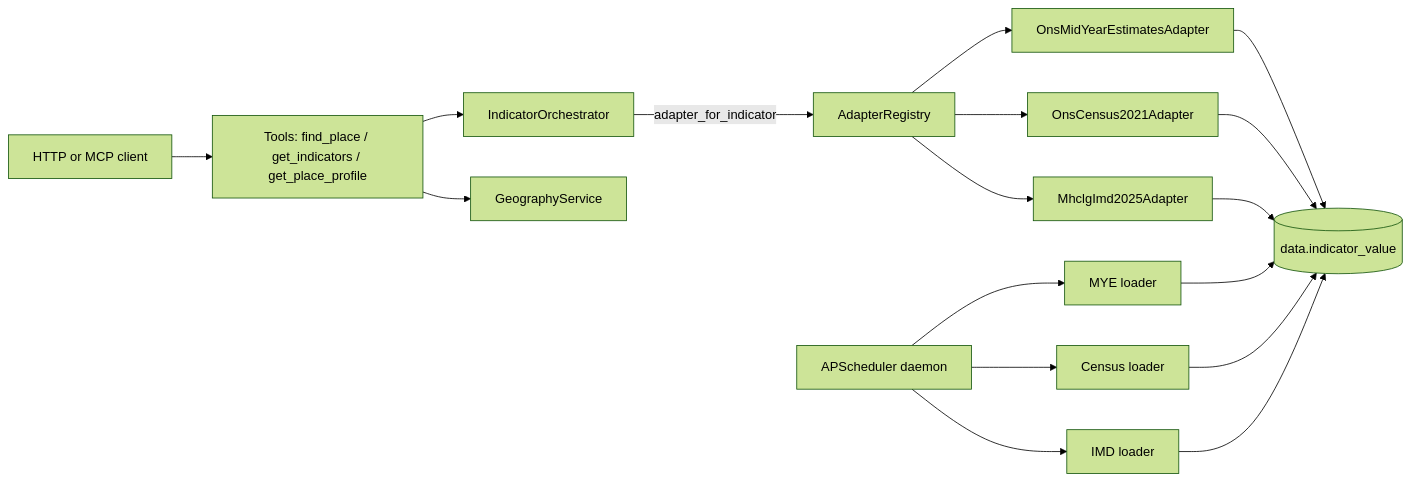
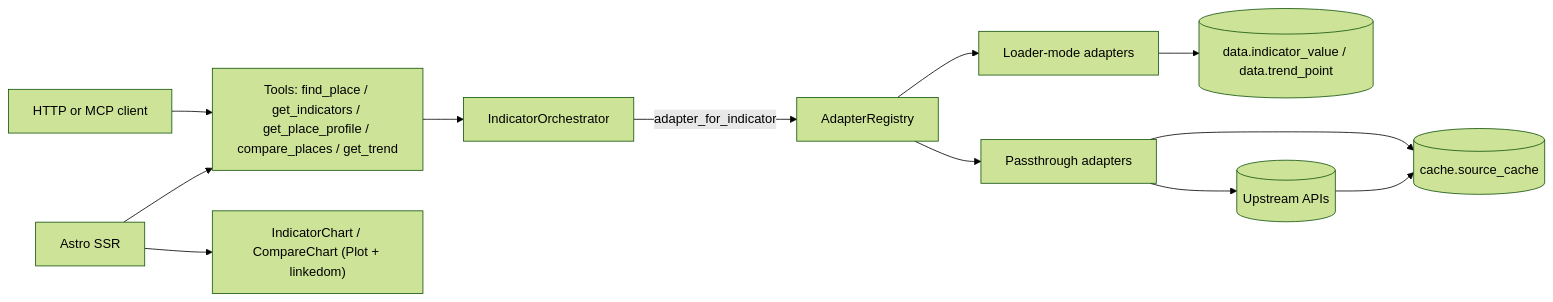
One commit to dataforaction-tom/soundings changed the second of 2 diagrams in STATE.md. Above: the diagram before and after it, drawn with Mermaid (forest theme). The commit also changed other lines of this file and 3 other files, not shown here.

````diff
--- a/STATE.md
+++ b/STATE.md
@@ -68,19 +66,14 @@
 ```mermaid
 flowchart LR
-    user[HTTP or MCP client] --> tools[Tools: find_place / get_indicators / get_place_profile]
+    user[HTTP or MCP client] --> tools["Tools: find_place / get_indicators / get_place_profile / compare_places / get_trend"]
     tools --> orchestrator[IndicatorOrchestrator]
-    tools --> geo[GeographyService]
     orchestrator -->|adapter_for_indicator| registry[AdapterRegistry]
-    registry --> mye[OnsMidYearEstimatesAdapter]
-    registry --> census[OnsCensus2021Adapter]
-    registry --> imd[MhclgImd2025Adapter]
-    mye --> data[(data.indicator_value)]
-    census --> data
-    imd --> data
-    loader[APScheduler daemon] --> mye_l[MYE loader]
-    loader --> census_l[Census loader]
-    loader --> imd_l[IMD loader]
-    mye_l --> data
-    census_l --> data
-    imd_l --> data
+    registry --> loaders[Loader-mode adapters]
+    registry --> passthrough[Passthrough adapters]
+    loaders --> data[(data.indicator_value / data.trend_point)]
+    passthrough --> upstream[(Upstream APIs)]
+    passthrough --> cache[(cache.source_cache)]
+    upstream --> cache
+    ui[Astro SSR] --> tools
+    ui --> charts["IndicatorChart / CompareChart (Plot + linkedom)"]
 ```
````
